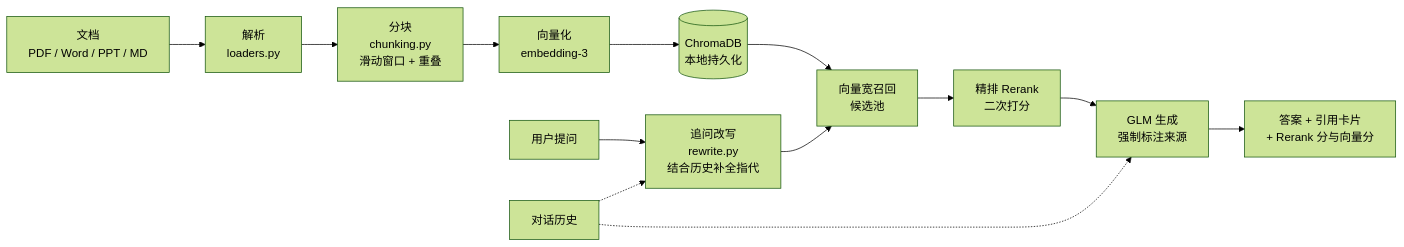
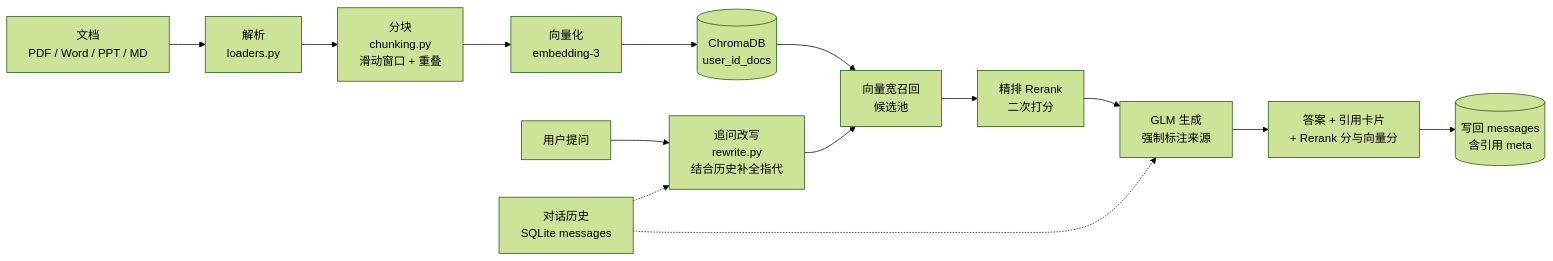
The diagram in README.md (Yoshino-0721/rag-knowledge-base), drawn with Mermaid (forest theme) before and after one commit. The commit also changed other lines of this file and 2 other files, not shown here.

````diff
--- a/README.md
+++ b/README.md
@@ -63,16 +113,17 @@
 ```mermaid
 flowchart LR
     A["文档<br/>PDF / Word / PPT / MD"] --> B["解析<br/>loaders.py"]
     B --> C["分块<br/>chunking.py<br/>滑动窗口 + 重叠"]
     C --> D["向量化<br/>embedding-3"]
-    D --> E[("ChromaDB<br/>本地持久化")]
+    D --> E[("ChromaDB<br/>user_id_docs")]
 
     Q["用户提问"] --> RW["追问改写<br/>rewrite.py<br/>结合历史补全指代"]
-    H2["对话历史"] -.-> RW
+    H2["对话历史<br/>SQLite messages"] -.-> RW
     H2 -.-> H
     RW --> R["向量宽召回<br/>候选池"]
     E --> R
     R --> RR["精排 Rerank<br/>二次打分"]
     RR --> H["GLM 生成<br/>强制标注来源"]
     H --> I["答案 + 引用卡片<br/>+ Rerank 分与向量分"]
+    I --> DB[("写回 messages<br/>含引用 meta")]
 ```
````
